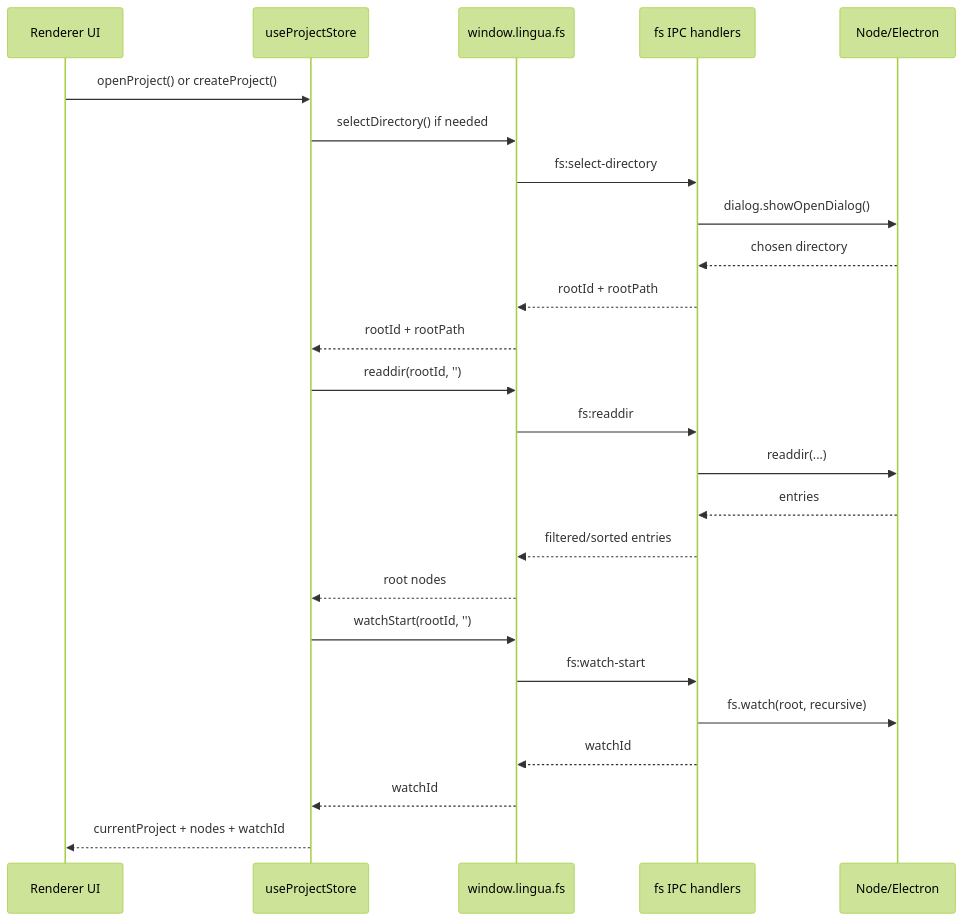
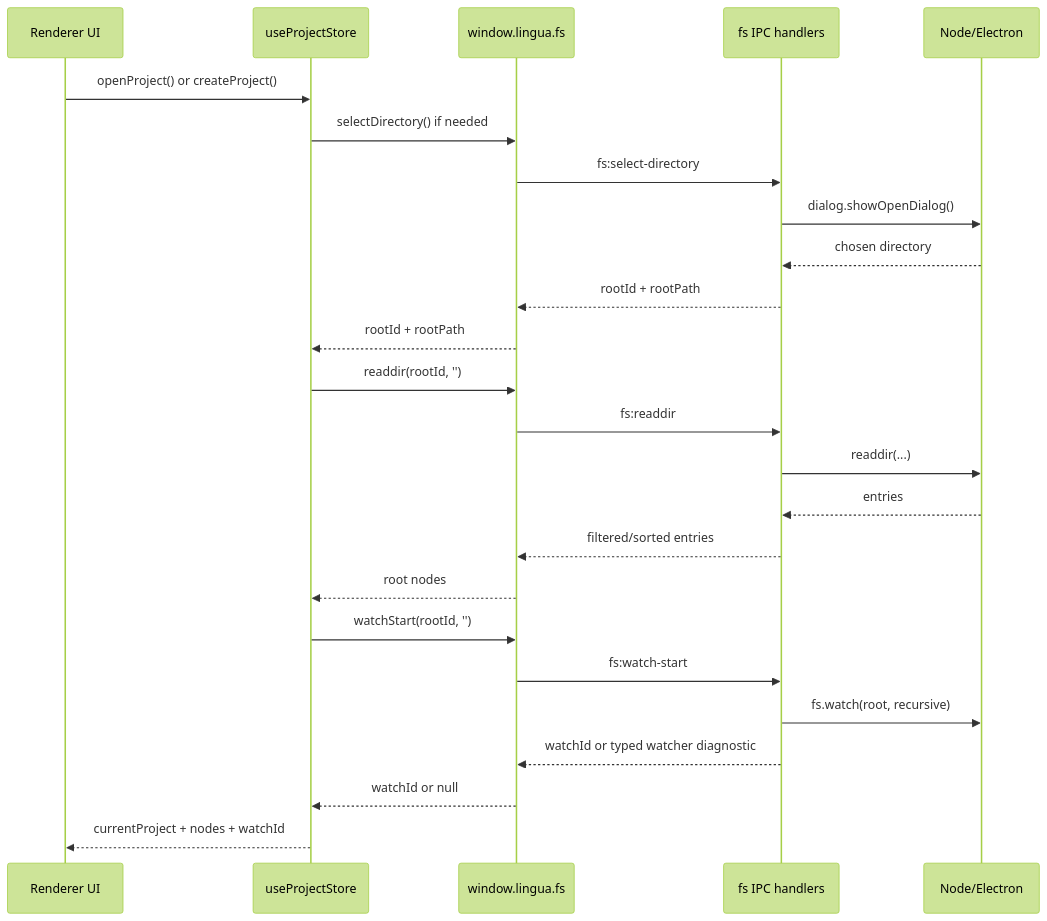
One commit to johnny4young/lingua changed the second of 2 diagrams in docs/ARCHITECTURE.md. Above: the diagram before and after it, drawn with Mermaid (forest theme). The commit also changed other lines of this file and 19 other files, not shown here.

````diff
--- a/docs/ARCHITECTURE.md
+++ b/docs/ARCHITECTURE.md
@@ -82,31 +82,31 @@
 ```mermaid
 sequenceDiagram
     participant UI as Renderer UI
     participant Store as useProjectStore
     participant Preload as window.lingua.fs
     participant Main as fs IPC handlers
     participant Native as Node/Electron
 
     UI->>Store: openProject() or createProject()
     Store->>Preload: selectDirectory() if needed
     Preload->>Main: fs:select-directory
     Main->>Native: dialog.showOpenDialog()
     Native-->>Main: chosen directory
     Main-->>Preload: rootId + rootPath
     Preload-->>Store: rootId + rootPath
 
     Store->>Preload: readdir(rootId, '')
     Preload->>Main: fs:readdir
     Main->>Native: readdir(...)
     Native-->>Main: entries
     Main-->>Preload: filtered/sorted entries
     Preload-->>Store: root nodes
 
     Store->>Preload: watchStart(rootId, '')
     Preload->>Main: fs:watch-start
     Main->>Native: fs.watch(root, recursive)
-    Main-->>Preload: watchId
-    Preload-->>Store: watchId
+    Main-->>Preload: watchId or typed watcher diagnostic
+    Preload-->>Store: watchId or null
 
     Store-->>UI: currentProject + nodes + watchId
 ```
````
